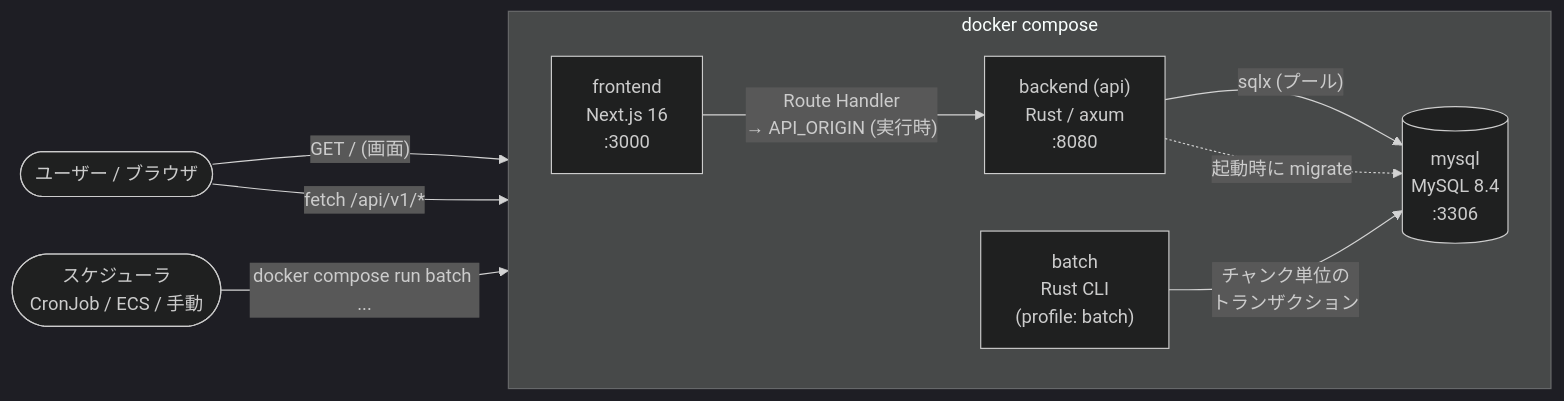
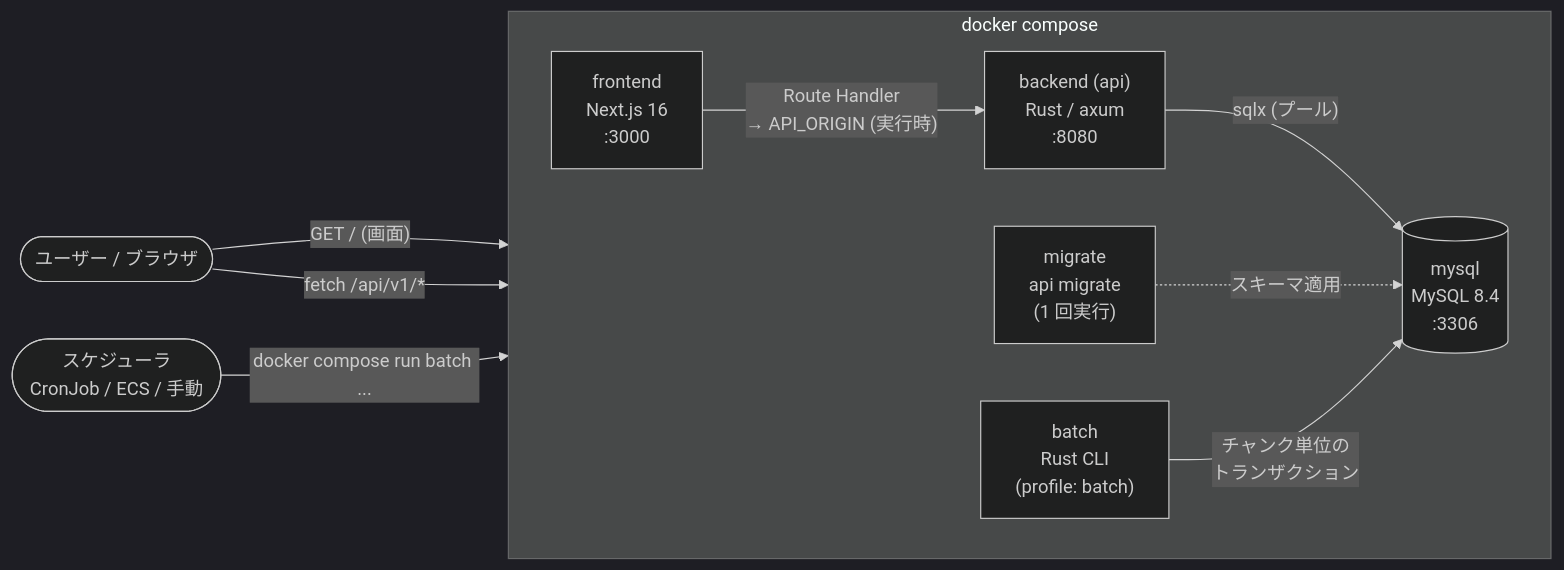
One commit to ktaishi/rust-next-voiler changed the first of 18 diagrams in README.md. Above: the diagram before and after it, drawn with Mermaid (dark theme). The commit also changed other lines of this file and 45 other files, not shown here.

````diff
--- a/README.md
+++ b/README.md
@@ -62,21 +64,22 @@
 ```mermaid
 flowchart LR
     U([ユーザー / ブラウザ])
     S([スケジューラ<br/>CronJob / ECS / 手動])
 
     subgraph compose["docker compose"]
         direction LR
         FE["frontend<br/>Next.js 16<br/>:3000"]
         BE["backend (api)<br/>Rust / axum<br/>:8080"]
+        MG["migrate<br/>api migrate<br/>(1 回実行)"]
         BA["batch<br/>Rust CLI<br/>(profile: batch)"]
         DB[("mysql<br/>MySQL 8.4<br/>:3306")]
     end
 
     U -- "GET / (画面)" --> FE
     U -- "fetch /api/v1/*" --> FE
     FE -- "Route Handler<br/>→ API_ORIGIN (実行時)" --> BE
     BE -- "sqlx (プール)" --> DB
-    BE -. "起動時に migrate" .-> DB
+    MG -. "スキーマ適用" .-> DB
     S -- "docker compose run batch ..." --> BA
     BA -- "チャンク単位の<br/>トランザクション" --> DB
 ```
````
